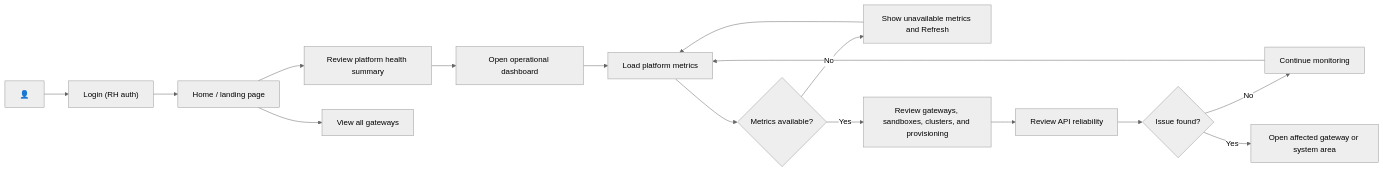
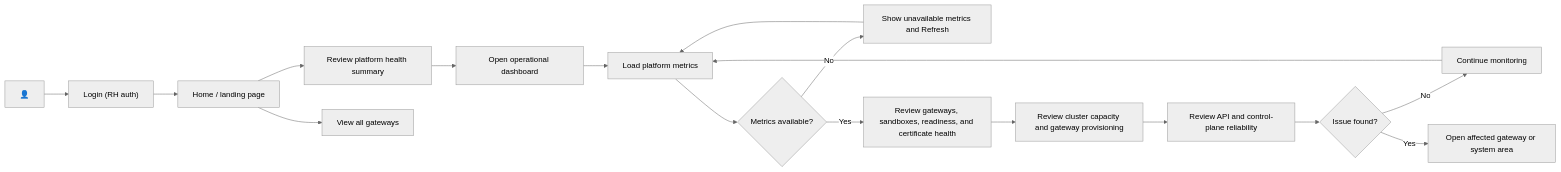
Diagram 13 of 15 in specs/web-console/user_flows.md (openshift-online/hypershell), drawn with Mermaid (neutral theme) before and after one commit. The commit also changed other lines of this file and 2 other files, not shown here.

````diff
--- a/specs/web-console/user_flows.md
+++ b/specs/web-console/user_flows.md
@@ -590,22 +604,23 @@
 ```mermaid
 ---
 config:
   layout: dagre
 ---
 flowchart LR
     user["👤"] --> login["Login (RH auth)"]
     login --> home["Home / landing page"]
     home --> dashboard["Review platform health summary"]
     dashboard --> operational["Open operational dashboard"]
     home --> gateways["View all gateways"]
     operational --> load["Load platform metrics"]
     load --> available{"Metrics available?"}
     available -- No --> error["Show unavailable metrics and Refresh"]
     error --> load
-    available -- Yes --> review["Review gateways, sandboxes, clusters, and provisioning"]
-    review --> reliability["Review API reliability"]
+    available -- Yes --> review["Review gateways, sandboxes, readiness, and certificate health"]
+    review --> provisioning["Review cluster capacity and gateway provisioning"]
+    provisioning --> reliability["Review API and control-plane reliability"]
     reliability --> issue{"Issue found?"}
     issue -- No --> monitor["Continue monitoring"]
     monitor --> load
     issue -- Yes --> investigate["Open affected gateway or system area"]
 ```
````
